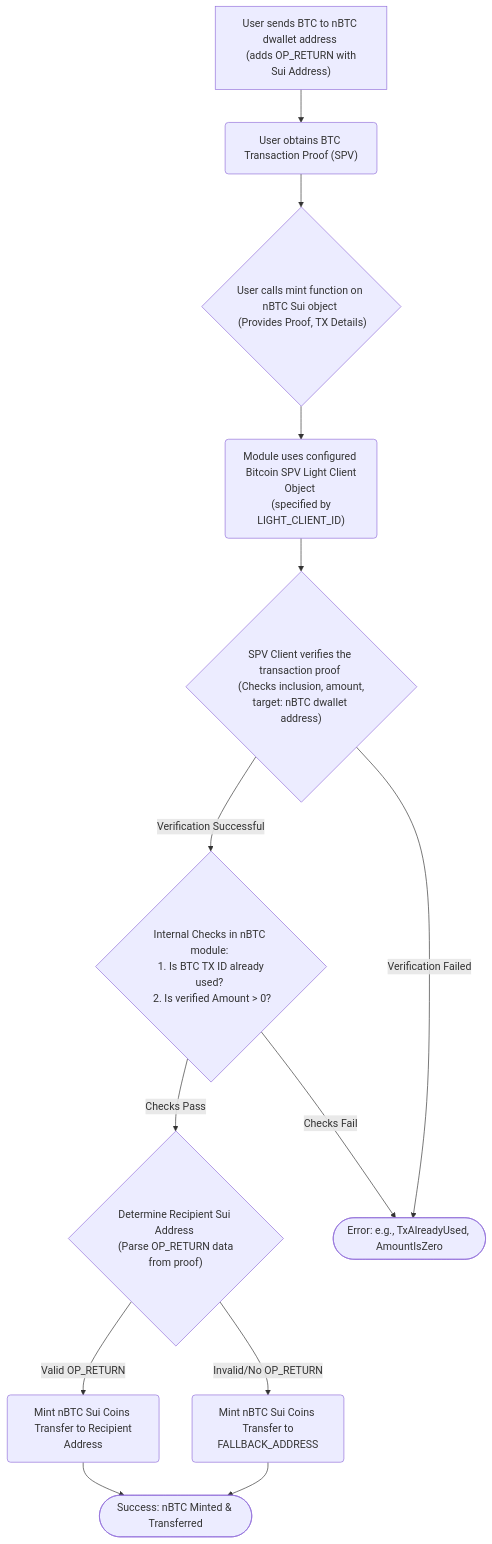
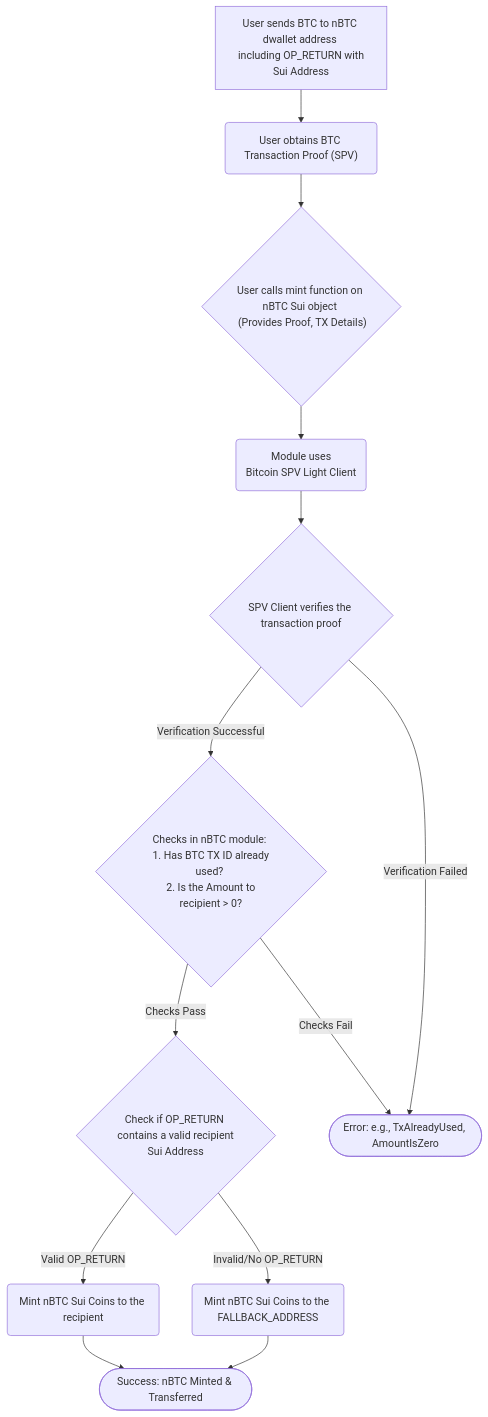
Before and after one commit to gonative-cc/sui-native: the diagram in nBTC/README.md, drawn with Mermaid.

Commit message:
Apply suggestions from code review

````diff
--- a/nBTC/README.md
+++ b/nBTC/README.md
@@ -41,15 +41,15 @@
 ```mermaid
 graph TD
-    A["User sends BTC to nBTC dwallet address <br> (adds OP_RETURN with Sui Address)"] --> B("User obtains BTC Transaction Proof (SPV)");
+    A["User sends BTC to nBTC dwallet address <br> including OP_RETURN with Sui Address"] --> B("User obtains BTC Transaction Proof (SPV)");
     B --> C{"User calls mint function on nBTC Sui object <br> (Provides Proof, TX Details)"};
-    C --> D("Module uses configured <br> Bitcoin SPV Light Client Object <br> (specified by LIGHT_CLIENT_ID)");
-    D --> E{"SPV Client verifies the transaction proof <br> (Checks inclusion, amount, target: nBTC dwallet address)"};
-    E -- Verification Successful --> F{"Internal Checks in nBTC module: <br> 1. Is BTC TX ID already used? <br> 2. Is verified Amount > 0?"};
-    F -- Checks Pass --> G{"Determine Recipient Sui Address <br> (Parse OP_RETURN data from proof)"};
-    G -- Valid OP_RETURN --> H("Mint nBTC Sui Coins <br> Transfer to Recipient Address");
-    G -- Invalid/No OP_RETURN --> I("Mint nBTC Sui Coins <br> Transfer to FALLBACK_ADDRESS");
+    C --> D("Module uses <br> Bitcoin SPV Light Client");
+    D --> E{"SPV Client verifies the transaction proof"};
+    E -- Verification Successful --> F{"Checks in nBTC module: <br> 1. Has BTC TX ID already used? <br> 2. Is the Amount to recipient > 0?"};
+    F -- Checks Pass --> G{"Check if OP_RETURN <br> contains a valid recipient Sui Address"};
+    G -- Valid OP_RETURN --> H("Mint nBTC Sui Coins to the recipient");
+    G -- Invalid/No OP_RETURN --> I("Mint nBTC Sui Coins to the FALLBACK_ADDRESS");
     H --> Z(["Success: nBTC Minted & Transferred"]);
     I --> Z;
     F -- Checks Fail --> Y(["Error: e.g., TxAlreadyUsed, AmountIsZero"]);
     E -- Verification Failed --> Y;
 ```
````
